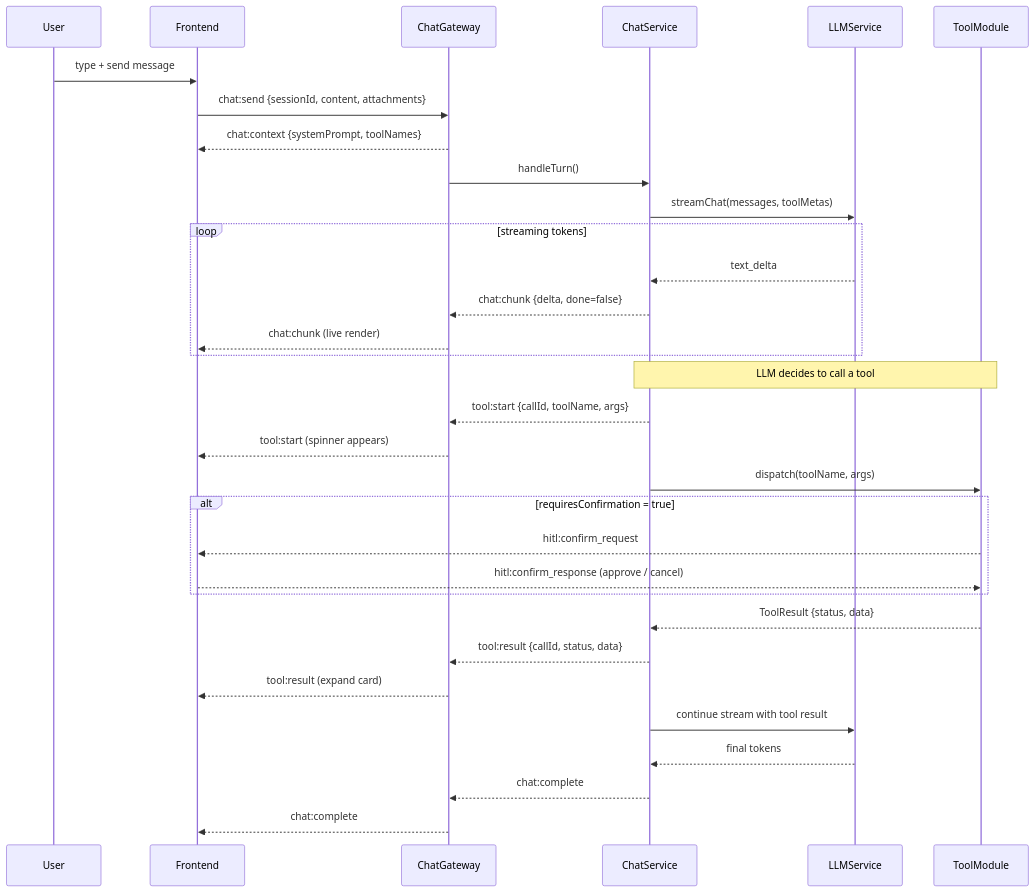
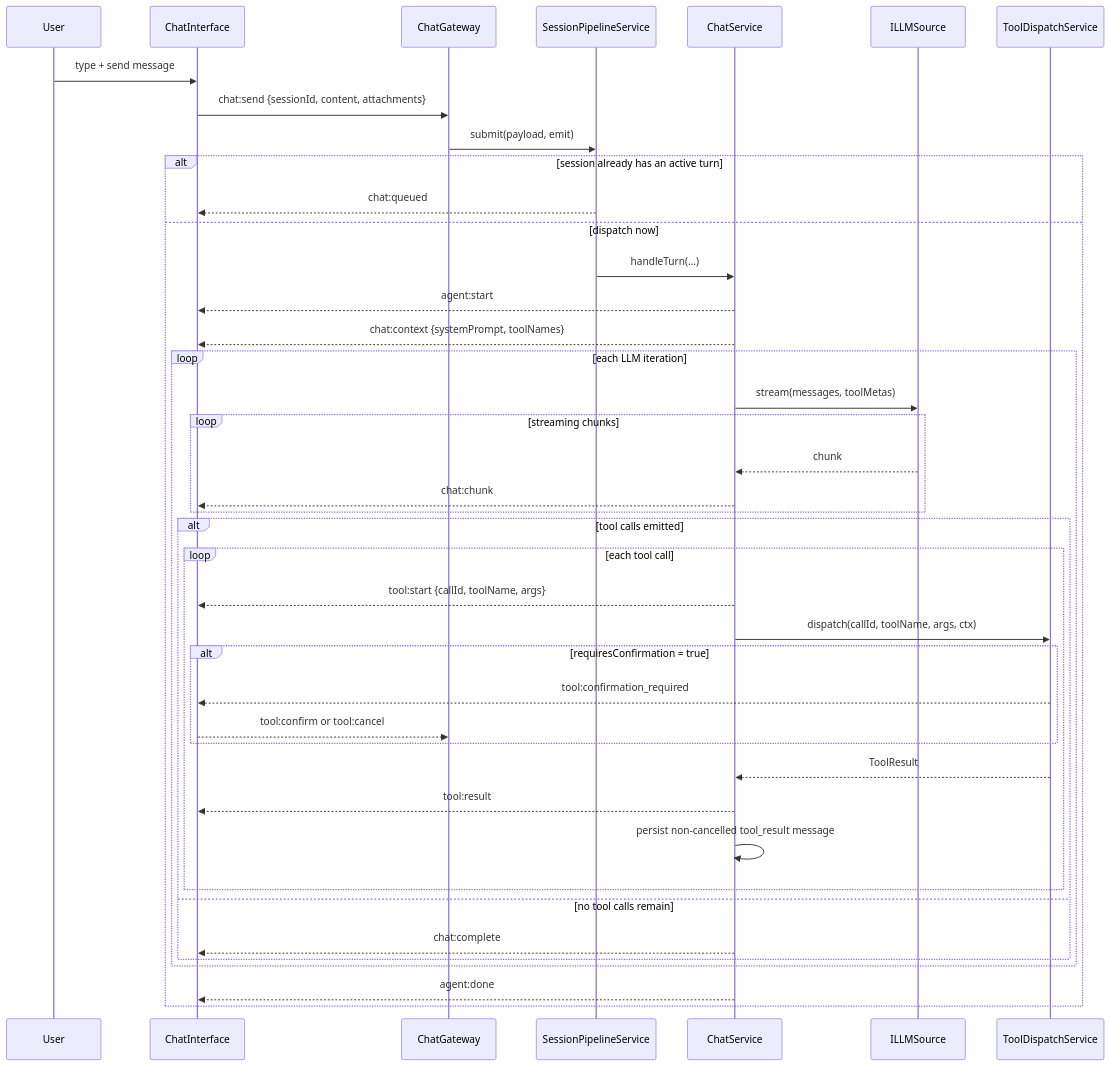
Before and after one commit to Radomiej/kalio-forever: the diagram in README.md, drawn with Mermaid. The commit also changed other lines of this file and 264 other files, not shown here.

````diff
--- a/README.md
+++ b/README.md
@@ -86,43 +86,50 @@
 ```mermaid
 sequenceDiagram
-    participant U as User
-    participant FE as Frontend
-    participant GW as ChatGateway
-    participant CS as ChatService
-    participant LLM as LLMService
-    participant T as ToolModule
+  participant U as User
+  participant FE as ChatInterface
+  participant GW as ChatGateway
+  participant P as SessionPipelineService
+  participant CS as ChatService
+  participant LLM as ILLMSource
+  participant TD as ToolDispatchService
 
-    U->>FE: type + send message
-    FE->>GW: chat:send {sessionId, content, attachments}
-    GW-->>FE: chat:context {systemPrompt, toolNames}
+  U->>FE: type + send message
+  FE->>GW: chat:send {sessionId, content, attachments}
+  GW->>P: submit(payload, emit)
 
-    GW->>CS: handleTurn()
-    CS->>LLM: streamChat(messages, toolMetas)
+  alt session already has an active turn
+    P-->>FE: chat:queued
+  else dispatch now
+    P->>CS: handleTurn(...)
+    CS-->>FE: agent:start
+    CS-->>FE: chat:context {systemPrompt, toolNames}
 
-    loop streaming tokens
-        LLM-->>CS: text_delta
-        CS-->>GW: chat:chunk {delta, done=false}
-        GW-->>FE: chat:chunk (live render)
+    loop each LLM iteration
+      CS->>LLM: stream(messages, toolMetas)
+      loop streaming chunks
+        LLM-->>CS: chunk
+        CS-->>FE: chat:chunk
+      end
+
+      alt tool calls emitted
+        loop each tool call
+          CS-->>FE: tool:start {callId, toolName, args}
+          CS->>TD: dispatch(callId, toolName, args, ctx)
+
+          alt requiresConfirmation = true
+            TD-->>FE: tool:confirmation_required
+            FE-->>GW: tool:confirm or tool:cancel
+          end
+
+          TD-->>CS: ToolResult
+          CS-->>FE: tool:result
+          CS->>CS: persist non-cancelled tool_result message
+        end
+      else no tool calls remain
+        CS-->>FE: chat:complete
+      end
     end
 
-    note over CS,T: LLM decides to call a tool
-
-    CS-->>GW: tool:start {callId, toolName, args}
-    GW-->>FE: tool:start (spinner appears)
-
-    CS->>T: dispatch(toolName, args)
-
-    alt requiresConfirmation = true
-        T-->>FE: hitl:confirm_request
-        FE-->>T: hitl:confirm_response (approve / cancel)
-    end
-
-    T-->>CS: ToolResult {status, data}
-    CS-->>GW: tool:result {callId, status, data}
-    GW-->>FE: tool:result (expand card)
-
-    CS->>LLM: continue stream with tool result
-    LLM-->>CS: final tokens
-    CS-->>GW: chat:complete
-    GW-->>FE: chat:complete
+    CS-->>FE: agent:done
+  end
 ```
````
